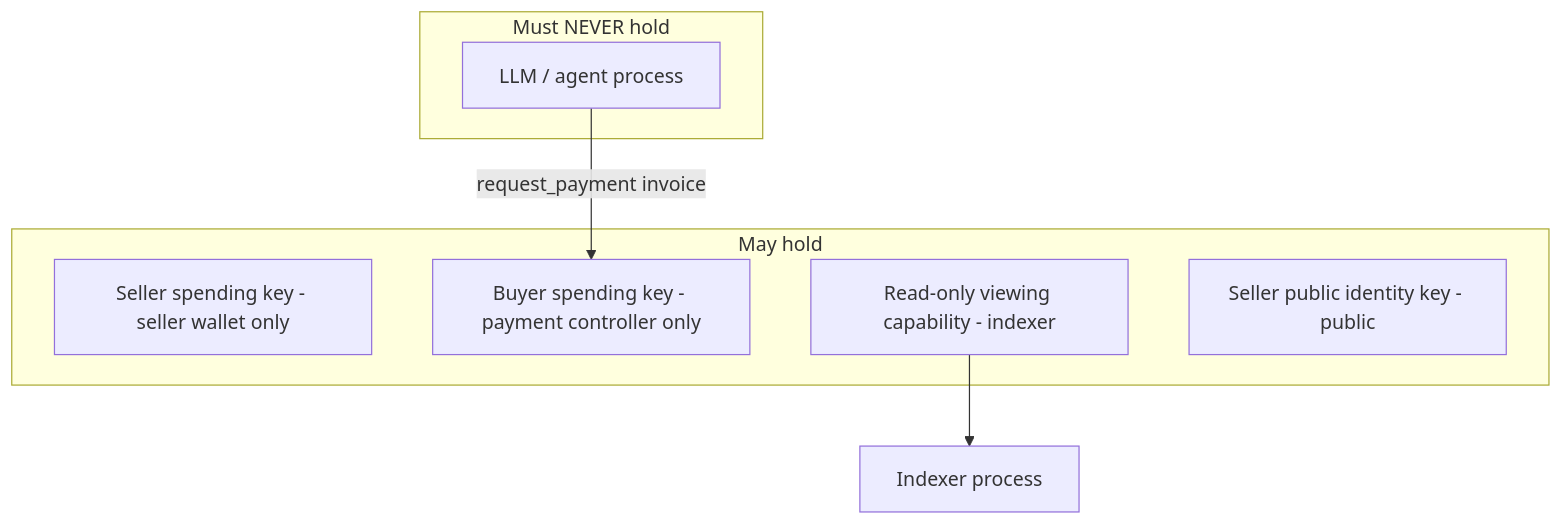
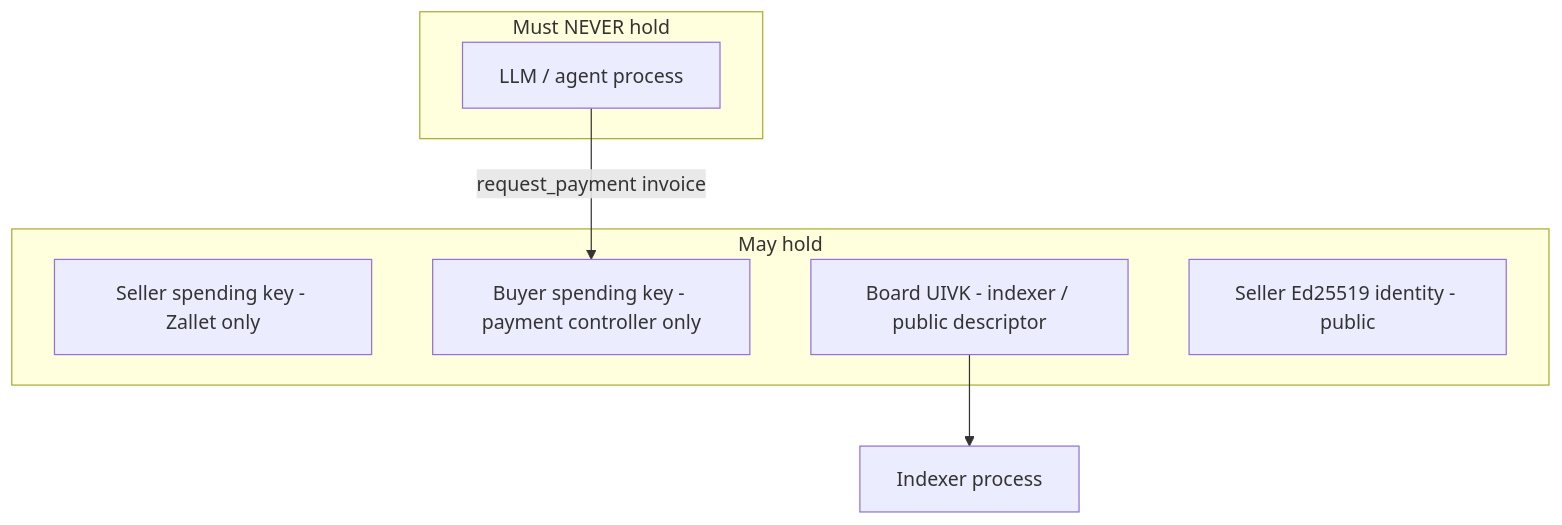
Before and after one commit to ZADP-protocol/ZADP: the fifth of 5 diagrams in docs/architecture.md, drawn with Mermaid. The commit also changed other lines of this file and 6 other files, not shown here.

````diff
--- a/docs/architecture.md
+++ b/docs/architecture.md
@@ -84,16 +124,16 @@
 ```mermaid
 flowchart TB
   subgraph may_hold [May hold]
-    SellerSpend[Seller spending key - seller wallet only]
+    SellerSpend[Seller spending key - Zallet only]
     BuyerSpend[Buyer spending key - payment controller only]
-    ViewKey[Read-only viewing capability - indexer]
-    SellerPubkey[Seller public identity key - public]
+    UIVK[Board UIVK - indexer / public descriptor]
+    SellerPubkey[Seller Ed25519 identity - public]
   end
 
   subgraph must_not [Must NEVER hold]
     LLM[LLM / agent process]
   end
 
   LLM -->|request_payment invoice| BuyerSpend
-  ViewKey --> IndexerProc[Indexer process]
+  UIVK --> IndexerProc[Indexer process]
 ```
````
